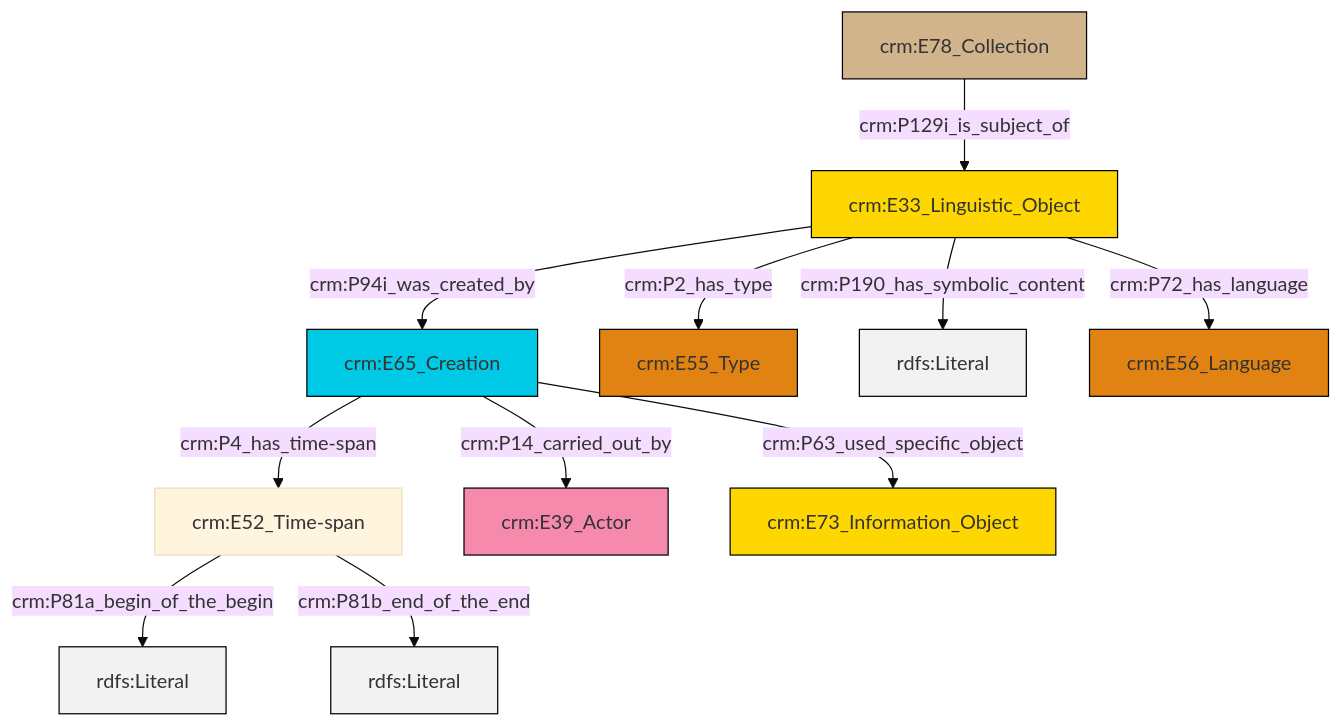
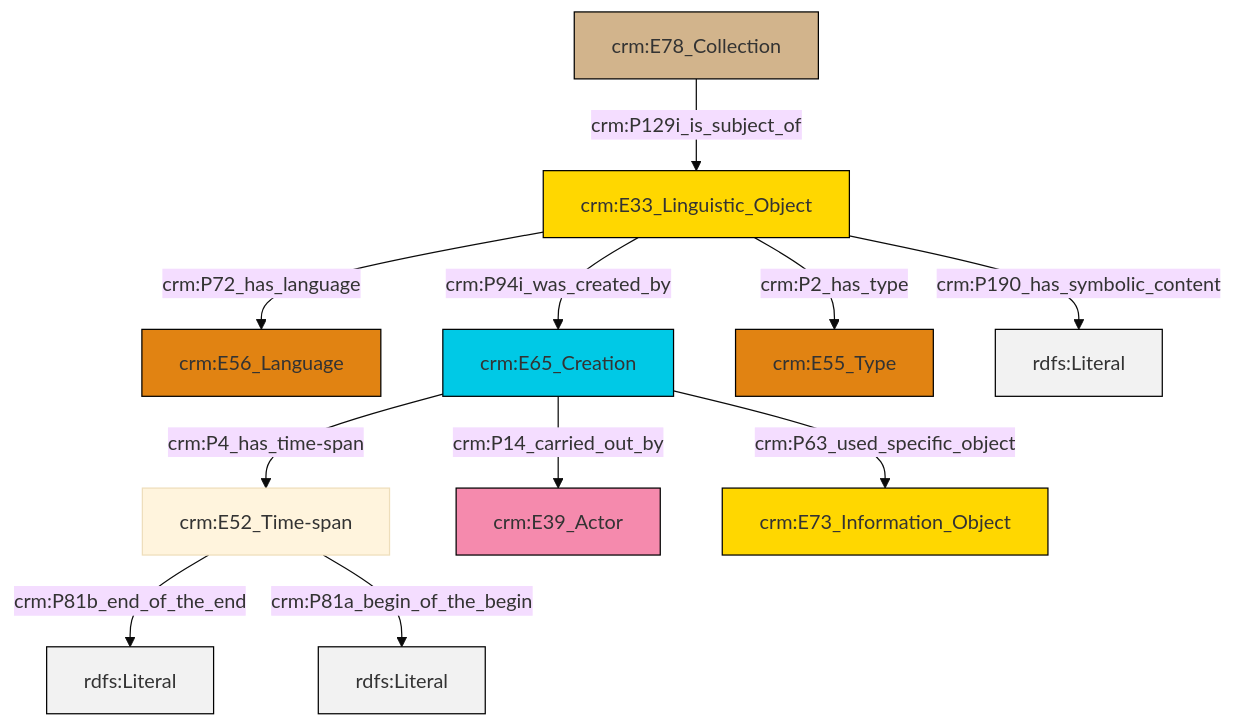
The diagram in et/archivalCSV/ttl/mmd/archival_desc.ttl.mmd (swiss-art-research-net/docs.swissartresearch), drawn with Mermaid (base theme) before and after one commit. The commit also changed 205 other files, not shown here.

```diff
--- a/et/archivalCSV/ttl/mmd/archival_desc.ttl.mmd
+++ b/et/archivalCSV/ttl/mmd/archival_desc.ttl.mmd
@@ -1,25 +1,25 @@
 graph TD
 classDef Literal fill:#f2f2f2,stroke:#000000;
 classDef CRM_Entity fill:#FFFFFF,stroke:#000000;
 classDef Temporal_Entity fill:#00C9E6, stroke:#000000;
 classDef Type fill:#E18312, stroke:#000000;
 classDef Time-Span fill:#2C9C91, stroke:#000000;
 classDef Appellation fill:#FFEB7F, stroke:#000000;
 classDef Place fill:#008836, stroke:#000000;
 classDef Persistent_Item fill:#B266B2, stroke:#000000;
 classDef Conceptual_Object fill:#FFD700, stroke:#000000;
 classDef Physical_Thing fill:#D2B48C, stroke:#000000;
 classDef Actor fill:#f58aad, stroke:#000000;
 classDef PC_Classes fill:#4ce600, stroke:#000000;
 classDef Multi fill:#cccccc,stroke:#000000;
 
-0["crm:E65_Creation"]:::Temporal_Entity -->|crm:P4_has_time-span| 1["crm:E52_Time-span"]:::Default
-2["crm:E33_Linguistic_Object"]:::Conceptual_Object -->|crm:P2_has_type| 3["crm:E55_Type"]:::Type
-2["crm:E33_Linguistic_Object"]:::Conceptual_Object -->|crm:P94i_was_created_by| 0["crm:E65_Creation"]:::Temporal_Entity
-1["crm:E52_Time-span"]:::Default -->|crm:P81a_begin_of_the_begin| 4[rdfs:Literal]:::Literal
-0["crm:E65_Creation"]:::Temporal_Entity -->|crm:P14_carried_out_by| 6["crm:E39_Actor"]:::Actor
-0["crm:E65_Creation"]:::Temporal_Entity -->|crm:P63_used_specific_object| 8["crm:E73_Information_Object"]:::Conceptual_Object
+2["crm:E33_Linguistic_Object"]:::Conceptual_Object -->|crm:P94i_was_created_by| 3["crm:E65_Creation"]:::Temporal_Entity
+2["crm:E33_Linguistic_Object"]:::Conceptual_Object -->|crm:P2_has_type| 4["crm:E55_Type"]:::Type
+5["crm:E52_Time-span"]:::Default -->|crm:P81b_end_of_the_end| 6[rdfs:Literal]:::Literal
+3["crm:E65_Creation"]:::Temporal_Entity -->|crm:P4_has_time-span| 5["crm:E52_Time-span"]:::Default
+5["crm:E52_Time-span"]:::Default -->|crm:P81a_begin_of_the_begin| 8[rdfs:Literal]:::Literal
+3["crm:E65_Creation"]:::Temporal_Entity -->|crm:P14_carried_out_by| 9["crm:E39_Actor"]:::Actor
+2["crm:E33_Linguistic_Object"]:::Conceptual_Object -->|crm:P72_has_language| 0["crm:E56_Language"]:::Type
 2["crm:E33_Linguistic_Object"]:::Conceptual_Object -->|crm:P190_has_symbolic_content| 11[rdfs:Literal]:::Literal
-1["crm:E52_Time-span"]:::Default -->|crm:P81b_end_of_the_end| 13[rdfs:Literal]:::Literal
-15["crm:E78_Collection"]:::Physical_Thing -->|crm:P129i_is_subject_of| 2["crm:E33_Linguistic_Object"]:::Conceptual_Object
-2["crm:E33_Linguistic_Object"]:::Conceptual_Object -->|crm:P72_has_language| 16["crm:E56_Language"]:::Type
+3["crm:E65_Creation"]:::Temporal_Entity -->|crm:P63_used_specific_object| 12["crm:E73_Information_Object"]:::Conceptual_Object
+14["crm:E78_Collection"]:::Physical_Thing -->|crm:P129i_is_subject_of| 2["crm:E33_Linguistic_Object"]:::Conceptual_Object
```
